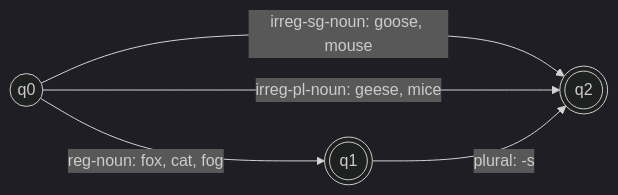
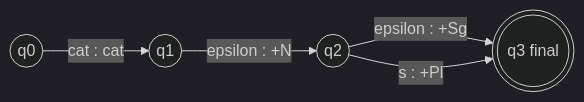
The fifth of 6 diagrams in content/natural-language-processing/notes/morphology-fst.mdx (TrendySloth1001/sem-seven-notes), drawn with Mermaid (dark theme) before and after one commit. The commit also changed other lines of this file and 406 other files, not shown here.

````diff
--- a/content/natural-language-processing/notes/morphology-fst.mdx
+++ b/content/natural-language-processing/notes/morphology-fst.mdx
@@ -231,8 +248,8 @@
 ```mermaid
-%% caption: An FSA for English noun inflection. Double circles are final states. A regular noun stem may stop (q1) or take the plural -s (q2). Irregular nouns go straight to q2 and cannot take -s.
+%% caption: A small FST for regular nouns. The surface word is read on the input side and the analysis is written on the output side. The last arc decides singular or plural.
 flowchart LR
-  S(("q0")) -->|"reg-noun: fox, cat, fog"| Q1((("q1")))
-  S -->|"irreg-sg-noun: goose, mouse"| Q2((("q2")))
-  S -->|"irreg-pl-noun: geese, mice"| Q2
-  Q1 -->|"plural: -s"| Q2
+  A(("q0")) -- "cat : cat" --> B(("q1"))
+  B -- "epsilon : +N" --> C(("q2"))
+  C -- "epsilon : +Sg" --> D((("q3 final")))
+  C -- "s : +Pl" --> D
 ```
````
